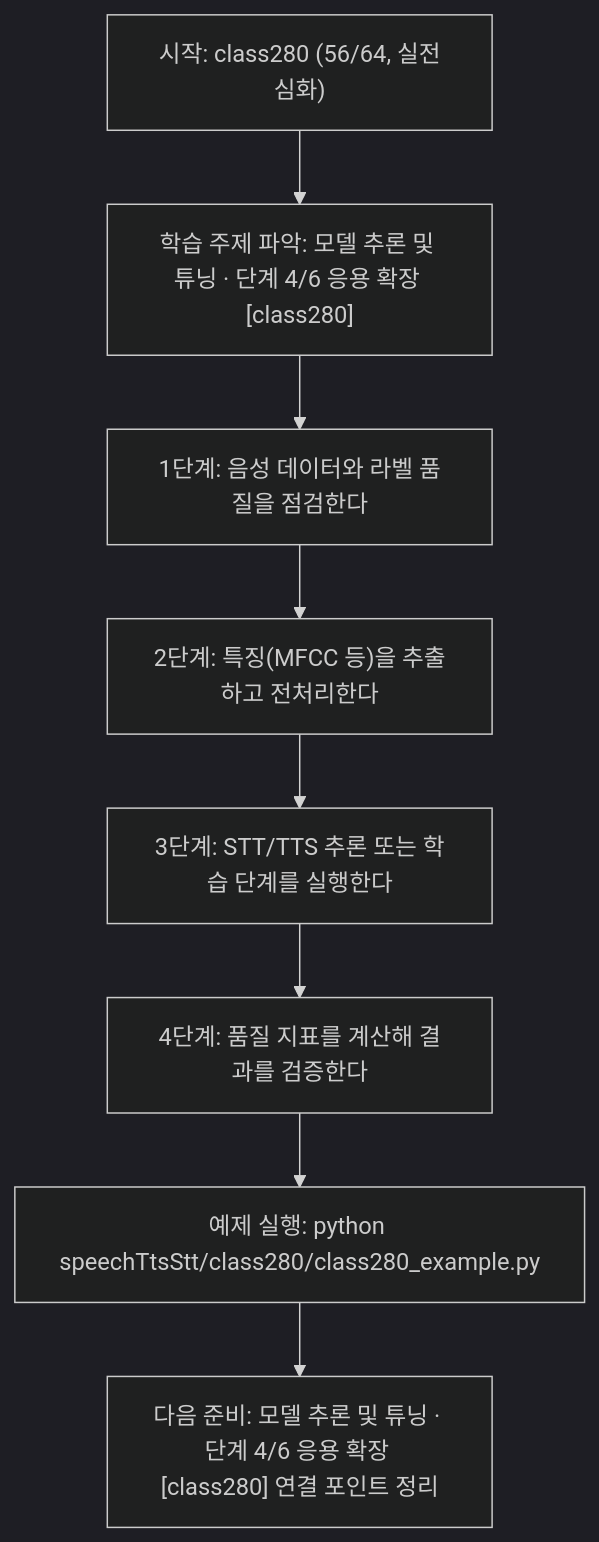
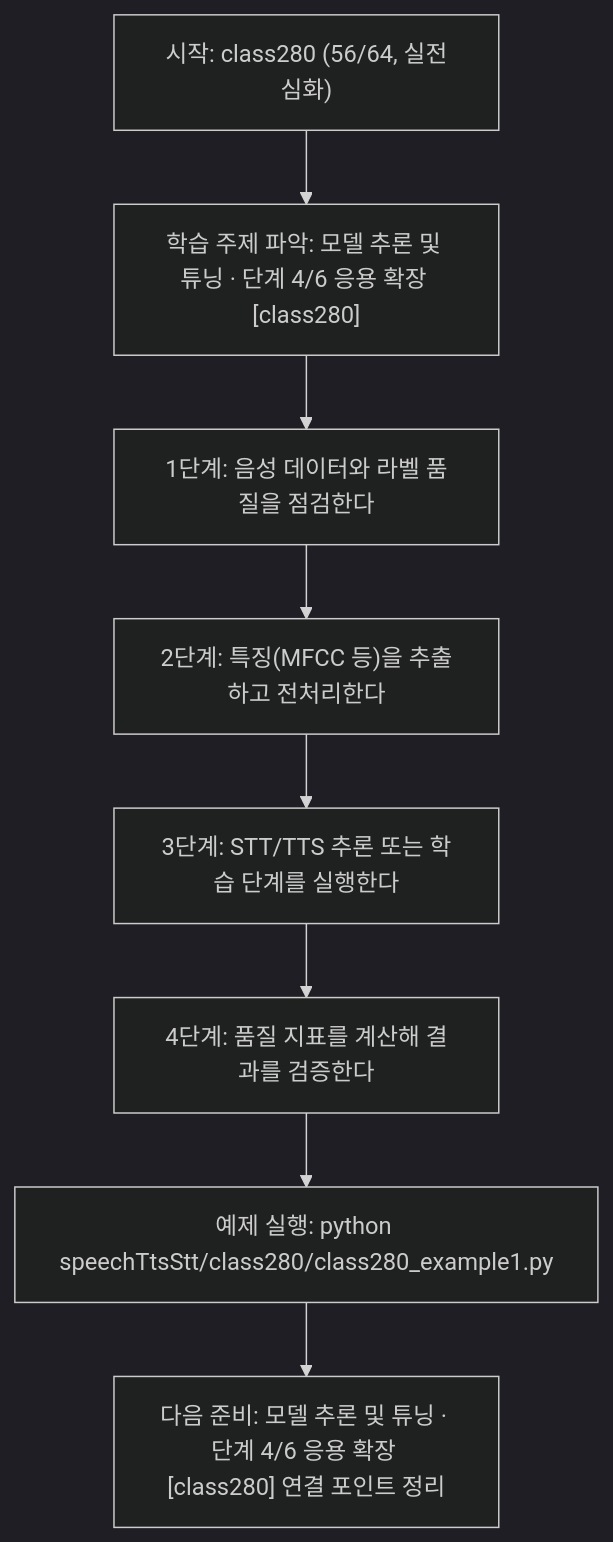
The diagram in speechTtsStt/class280/class280.md (edumgt/Python-AI_Agent-Class), drawn with Mermaid (dark theme) before and after one commit. The commit also changed other lines of this file and 2959 other files, not shown here.

````diff
--- a/speechTtsStt/class280/class280.md
+++ b/speechTtsStt/class280/class280.md
@@ -114,18 +114,18 @@
 ```mermaid
 flowchart TD
 N1["시작: class280 (56/64, 실전심화)"]
 N2["학습 주제 파악: 모델 추론 및 튜닝 · 단계 4/6 응용 확장 [class280]"]
 N3["1단계: 음성 데이터와 라벨 품질을 점검한다"]
 N4["2단계: 특징(MFCC 등)을 추출하고 전처리한다"]
 N5["3단계: STT/TTS 추론 또는 학습 단계를 실행한다"]
 N6["4단계: 품질 지표를 계산해 결과를 검증한다"]
-N7["예제 실행: python speechTtsStt/class280/class280_example.py"]
+N7["예제 실행: python speechTtsStt/class280/class280_example1.py"]
 N8["다음 준비: 모델 추론 및 튜닝 · 단계 4/6 응용 확장 [class280] 연결 포인트 정리"]
 N1 --> N2
 N2 --> N3
 N3 --> N4
 N4 --> N5
 N5 --> N6
 N6 --> N7
 N7 --> N8
 ```
````
